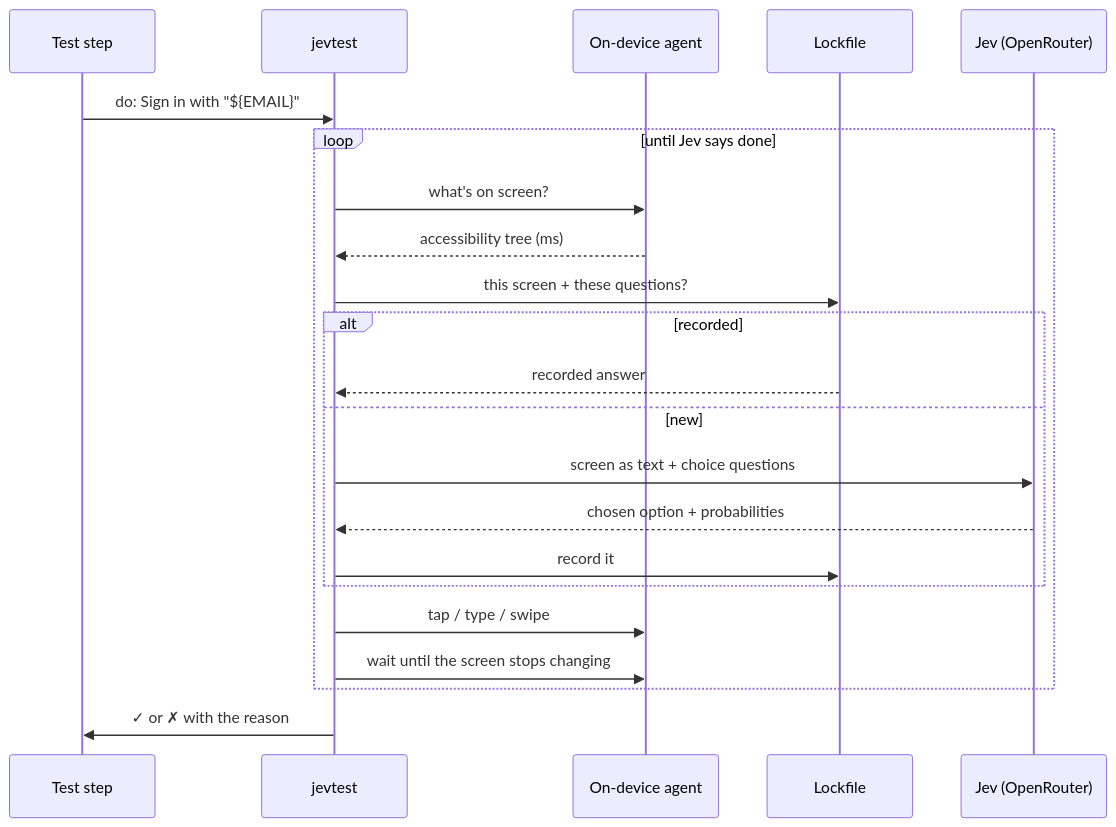
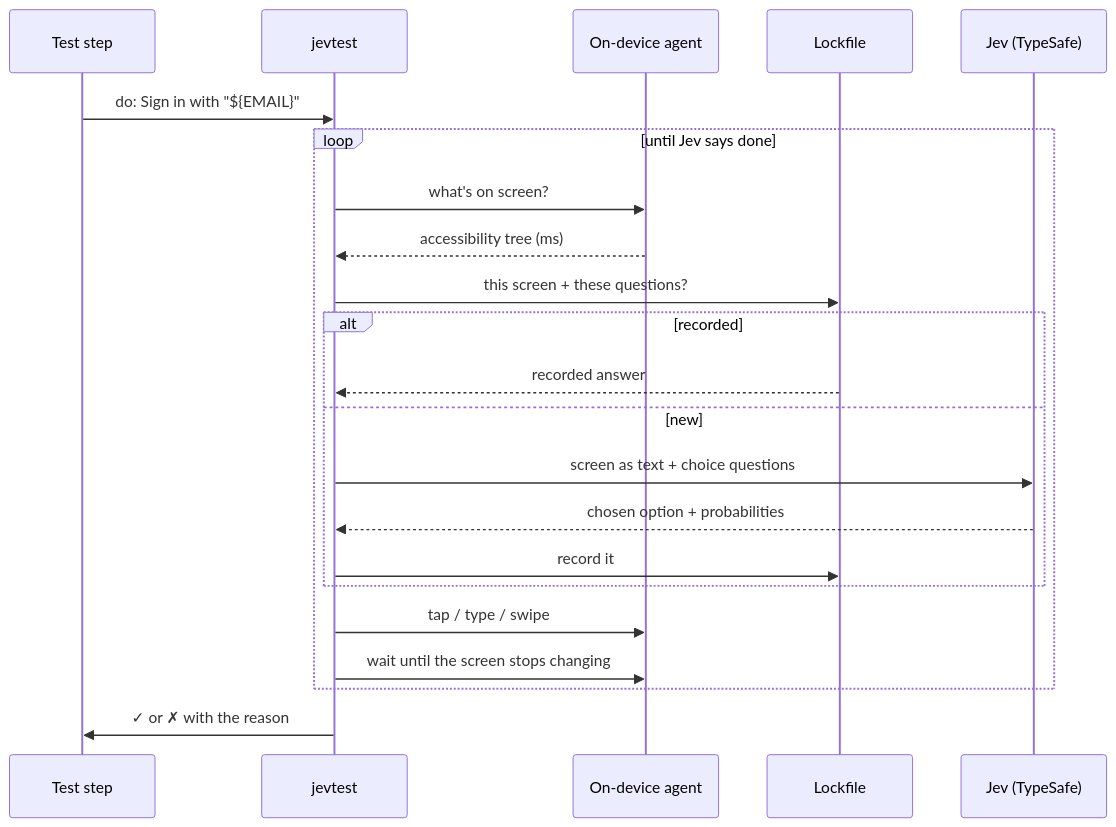
Before and after one commit to Just-Betr/jevtest: the diagram in docs/how-it-works.md, drawn with Mermaid. The commit also changed other lines of this file and 25 other files, not shown here.

First line of the commit message:
Call Jev through TypeSafe's API directly, not OpenRouter

````diff
--- a/docs/how-it-works.md
+++ b/docs/how-it-works.md
@@ -5,24 +5,24 @@
 ```mermaid
 sequenceDiagram
     participant T as Test step
     participant J as jevtest
     participant A as On-device agent
     participant L as Lockfile
-    participant M as Jev (OpenRouter)
+    participant M as Jev (TypeSafe)
     T->>J: do: Sign in with "${EMAIL}"
     loop until Jev says done
         J->>A: what's on screen?
         A-->>J: accessibility tree (ms)
         J->>L: this screen + these questions?
         alt recorded
             L-->>J: recorded answer
         else new
             J->>M: screen as text + choice questions
             M-->>J: chosen option + probabilities
             J->>L: record it
         end
         J->>A: tap / type / swipe
         J->>A: wait until the screen stops changing
     end
     J->>T: ✓ or ✗ with the reason
 ```
````
